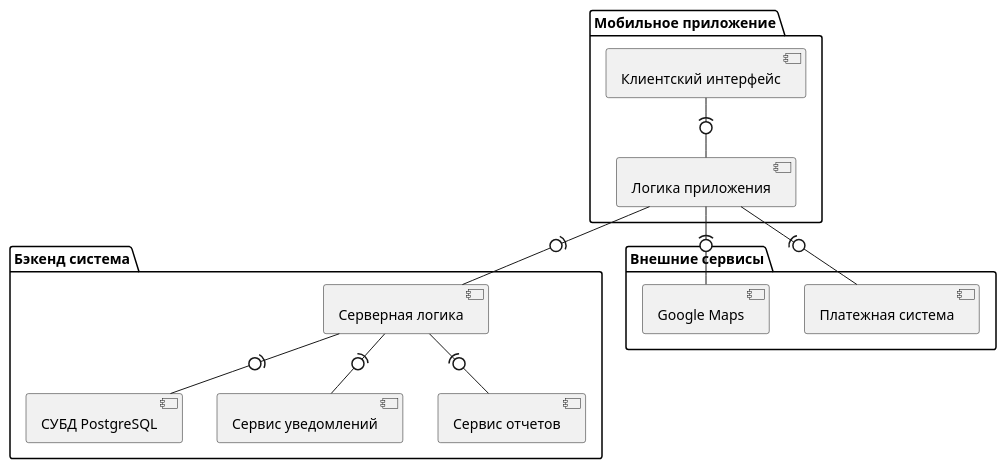
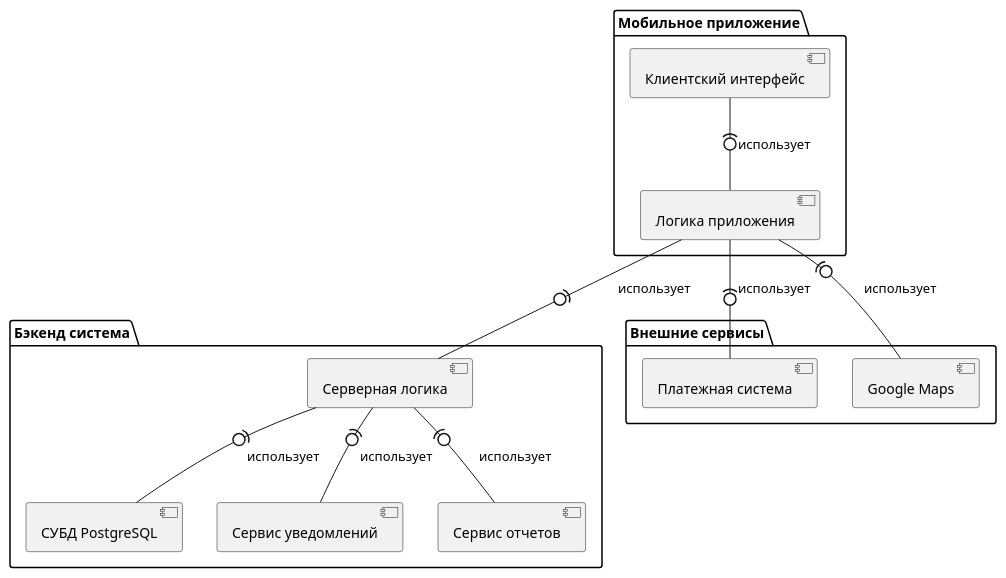
The diagram in Restaurant/components.wsd (Towich/PlantUML), drawn with PlantUML before and after one commit. The commit also changed 2 other files, not shown here.

```diff
--- a/Restaurant/components.wsd
+++ b/Restaurant/components.wsd
@@ -1,28 +1,28 @@
 @startuml
 package "Мобильное приложение" {
   component "Клиентский интерфейс" as ClientInterface
   component "Логика приложения" as AppLogic
 }
 
 package "Бэкенд система" {
   component "Серверная логика" as ServerLogic
   component "СУБД PostgreSQL" as Database
   
   component "Сервис уведомлений" as Notifications
   component "Сервис отчетов" as ReportService
 }
 
 package "Внешние сервисы" {
   component "Платежная система" as PaymentSystem
   component "Google Maps" as GoogleMaps
 }
 
-ClientInterface -(0- AppLogic
-AppLogic -(0- ServerLogic
-AppLogic -(0- PaymentSystem
-AppLogic -(0- GoogleMaps
+ClientInterface -(0- AppLogic : использует
+AppLogic -(0- ServerLogic : использует
+AppLogic -(0- PaymentSystem : использует
+AppLogic -(0- GoogleMaps : использует
 
-ServerLogic -(0- Database
-ServerLogic -(0- Notifications
-ServerLogic -(0- ReportService
+ServerLogic -(0- Database : использует
+ServerLogic -(0- Notifications : использует
+ServerLogic -(0- ReportService : использует
 @enduml
```
